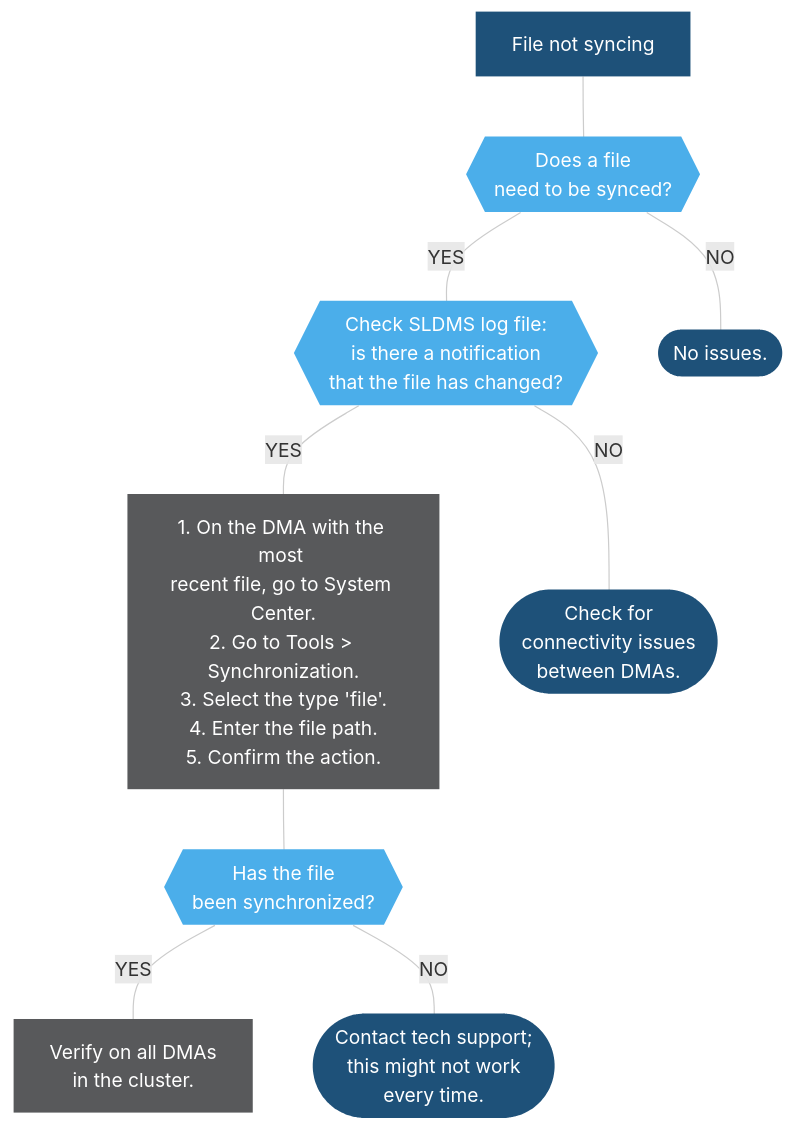
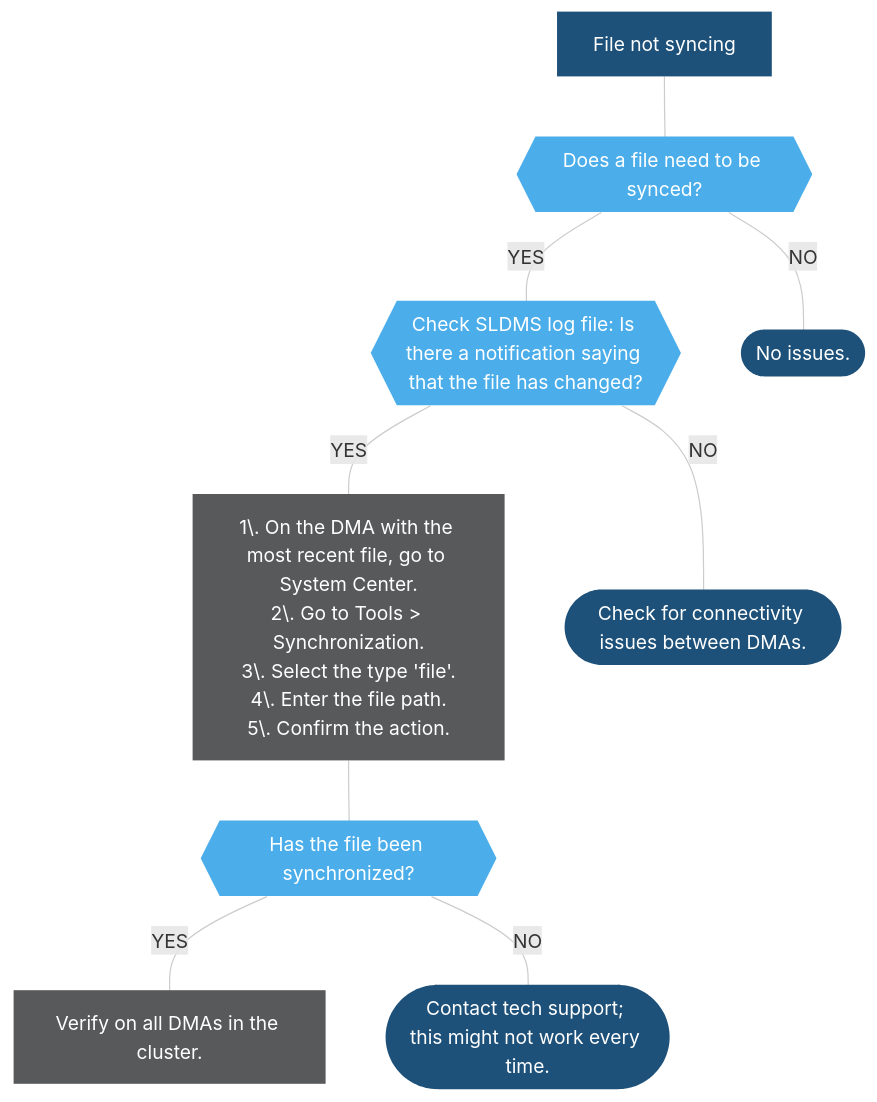
Before and after one commit to SkylineCommunications/dataminer-docs: the second of 4 diagrams in user-guide/Troubleshooting/Troubleshooting_Flowcharts/Troubleshooting_Process_Identification/Communication_processes/SLDMS/SLDMS_Frequent_Issues.md, drawn with Mermaid. The commit also changed other lines of this file and 21 other files, not shown here.

````diff
--- a/user-guide/Troubleshooting/Troubleshooting_Flowcharts/Troubleshooting_Process_Identification/Communication_processes/SLDMS/SLDMS_Frequent_Issues.md
+++ b/user-guide/Troubleshooting/Troubleshooting_Flowcharts/Troubleshooting_Process_Identification/Communication_processes/SLDMS/SLDMS_Frequent_Issues.md
@@ -40,37 +40,37 @@
 ```mermaid
 flowchart TD
 %% Define styles %%
 linkStyle default stroke:#cccccc
 classDef LightBlue fill:#9DDAF5,stroke:#000070,stroke-width:0px, color:#1E5179;
 classDef Blue fill:#4BAEEA,stroke:#000070,stroke-width:0px, color:#FFFFFF;
 classDef DarkBlue fill:#1E5179,stroke:#000070,stroke-width:0px, color:#FFFFFF;
 classDef DarkGray fill:#58595B,stroke:#000070,stroke-width:0px, color:#FFFFFF;
 classDef Gray fill:#999999,stroke:#000070,stroke-width:0px, color:#FFFFFF;
 classDef LightGray fill:#DDDDDD,stroke:#000070,stroke-width:0px, color:#1E5179;
 %% Define blocks %%
 FNS[File not syncing]
-Check{{Does a file <br/>need to be synced?}}
-Y1{{Check SLDMS log file: <br/> is there a notification <br/>that the file has changed?}}
+Check{{Does a file need to be synced?}}
+Y1{{Check SLDMS log file: Is there a notification saying that the file has changed?}}
 N1(["No issues."])
-Y2["1. On the DMA with the most <br>recent file, go to System Center.<br>2. Go to Tools > Synchronization.<br/>3. Select the type 'file'.<br/>4. Enter the file path.<br/>5. Confirm the action."]
-N2(["Check for <br>connectivity issues <br>between DMAs."])
-C{{Has the file <br>been synchronized?}}
-Y3["Verify on all DMAs <br/>in the cluster."]
-N3(["Contact tech support;<br/>this might not work <br>every time."])
+Y2["1\. On the DMA with the most recent file, go to System Center.<br>2\. Go to Tools > Synchronization.<br/>3\. Select the type 'file'.<br/>4\. Enter the file path.<br/>5\. Confirm the action."]
+N2(["Check for connectivity issues between DMAs."])
+C{{Has the file been synchronized?}}
+Y3["Verify on all DMAs in the cluster."]
+N3(["Contact tech support; this might not work every time."])
 %% Connect blocks %%
 FNS --- Check
 Check --- |YES| Y1
 Check --- |NO| N1
 Y1 --- |YES| Y2
 Y1 --- |NO| N2
 Y2 --- C
 C --- |YES| Y3
 C --- |NO| N3
 %% Apply styles to blocks %%
 class START,FNS,N4,N3,N1,N2,CI3 DarkBlue;
 class Check,C,TSI1,Y1,CI4,CI6,CI1 Blue;
 class Y4,CI7,CI2 LightGray;
 class Y3,Y2,CI9,CI5 DarkGray;
 class R,SSP,CI8 LightBlue;
 class CI,TSI Gray;
 ```
````
